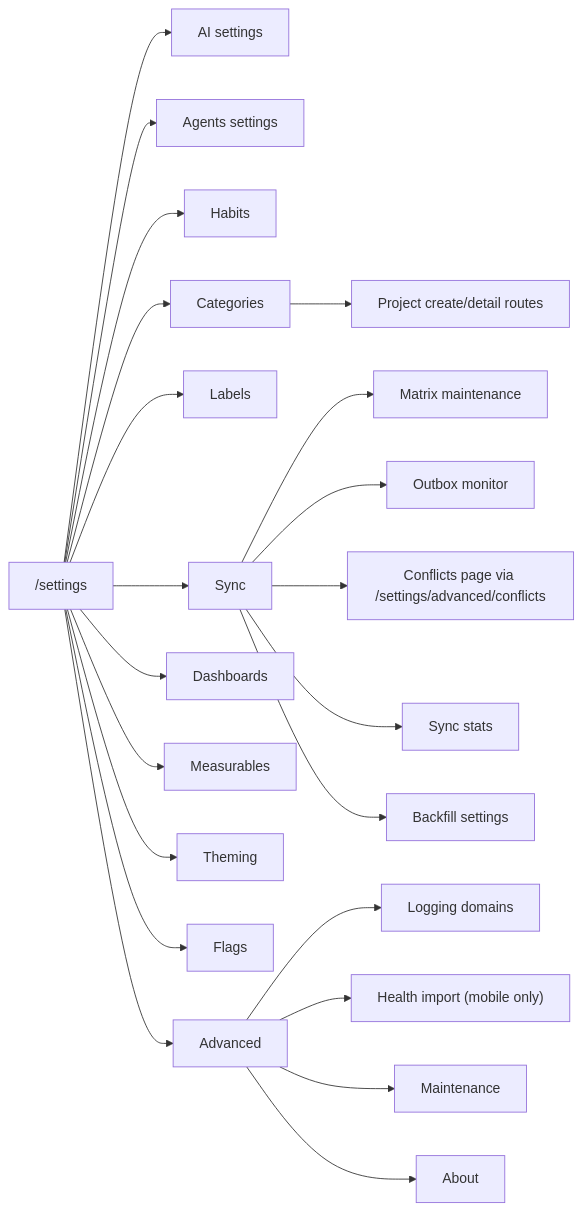
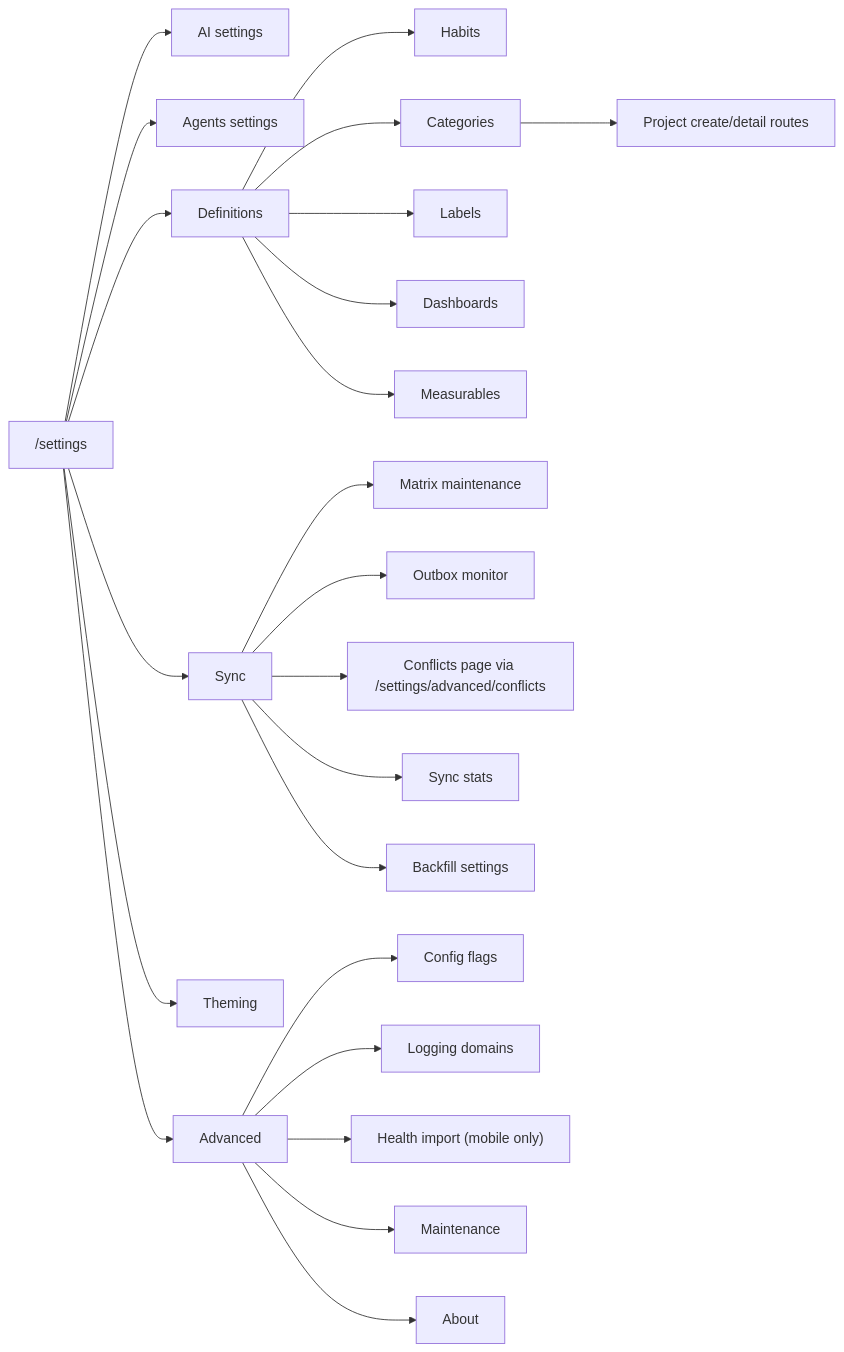
Before and after one commit to matthiasn/lotti: the second of 4 diagrams in lib/features/settings/README.md, drawn with Mermaid. The commit also changed other lines of this file and 33 other files, not shown here.

Commit message:
refactor: group entity definitions and move flags under Advanced

````diff
--- a/lib/features/settings/README.md
+++ b/lib/features/settings/README.md
@@ -126,25 +138,27 @@
 ```mermaid
 flowchart LR
   Landing["/settings"] --> AI["AI settings"]
   Landing --> Agents["Agents settings"]
-  Landing --> Habits["Habits"]
-  Landing --> Categories["Categories"]
-  Landing --> Labels["Labels"]
   Landing --> Sync["Sync"]
-  Landing --> Dashboards["Dashboards"]
-  Landing --> Measurables["Measurables"]
+  Landing --> Definitions["Definitions"]
   Landing --> Theming["Theming"]
-  Landing --> Flags["Flags"]
   Landing --> Advanced["Advanced"]
+
+  Definitions --> Habits["Habits"]
+  Definitions --> Categories["Categories"]
+  Definitions --> Labels["Labels"]
+  Definitions --> Dashboards["Dashboards"]
+  Definitions --> Measurables["Measurables"]
 
   Categories --> Projects["Project create/detail routes"]
   Sync --> MatrixMaint["Matrix maintenance"]
   Sync --> Outbox["Outbox monitor"]
   Sync --> Conflicts["Conflicts page via /settings/advanced/conflicts"]
   Sync --> Stats["Sync stats"]
   Sync --> Backfill["Backfill settings"]
+  Advanced --> Flags["Config flags"]
   Advanced --> Logging["Logging domains"]
   Advanced --> Health["Health import (mobile only)"]
   Advanced --> Maint["Maintenance"]
   Advanced --> About["About"]
 ```
````
